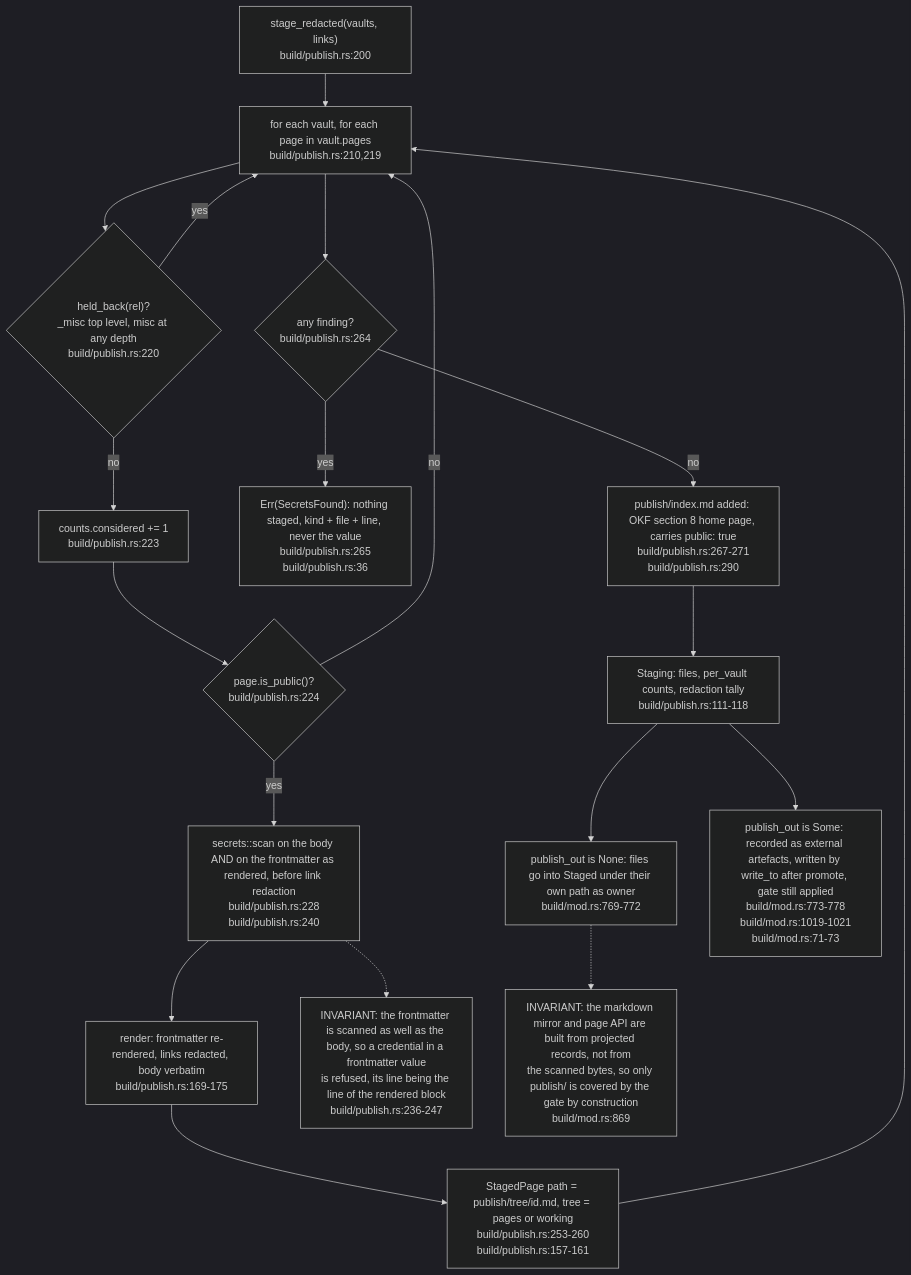
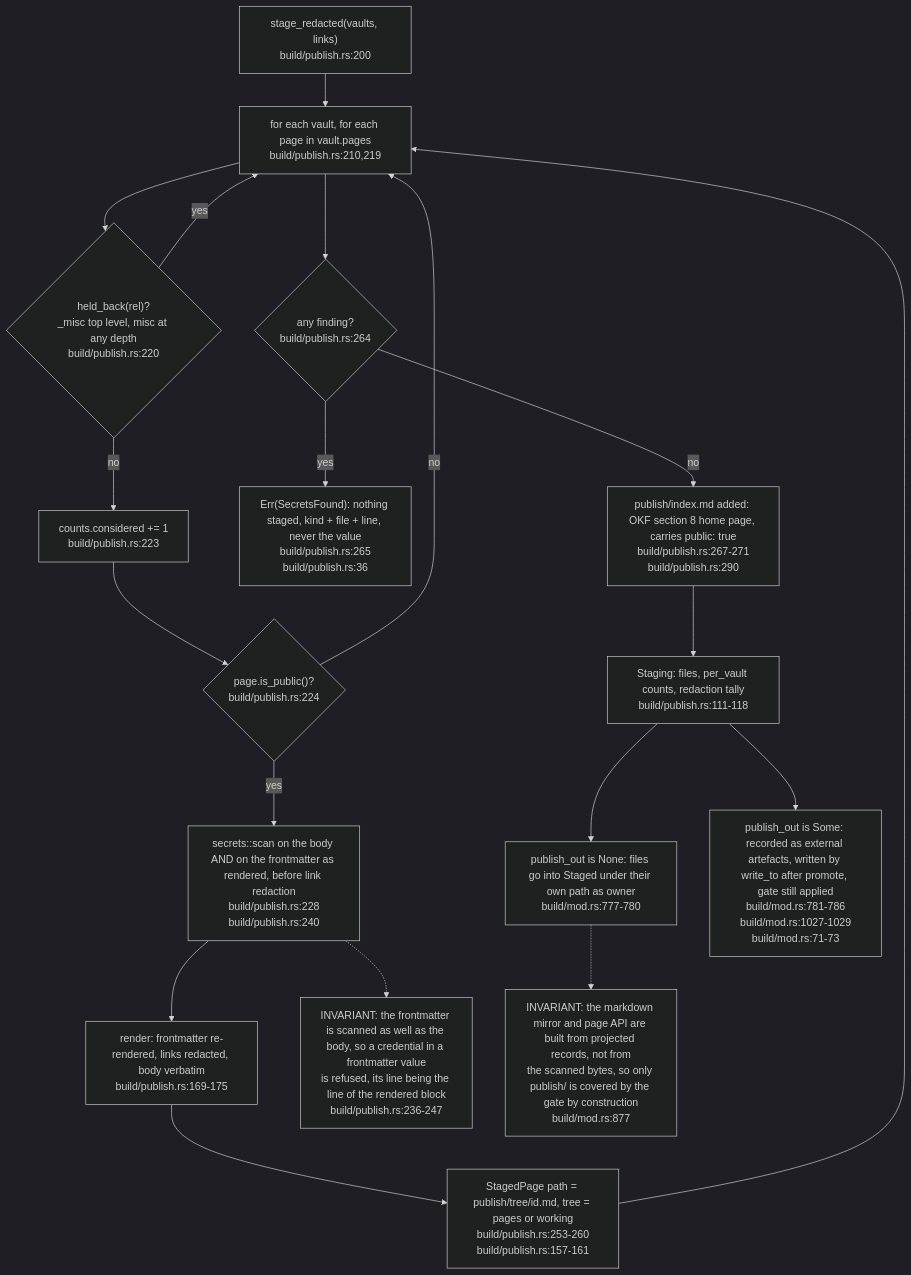
The fourth of 8 diagrams in docs/diagrams/ontomark/03-build-run-gates-staging-and-generation.md (DreamLab-AI/VisionFlow), drawn with Mermaid (dark theme) before and after one commit. The commit also changed other lines of this file and 91 other files, not shown here.

````diff
--- a/docs/diagrams/ontomark/03-build-run-gates-staging-and-generation.md
+++ b/docs/diagrams/ontomark/03-build-run-gates-staging-and-generation.md
@@ -150,31 +153,31 @@
 ```mermaid
 flowchart TD
     IN["stage_redacted(vaults, links)<br/>build/publish.rs:200"]
     LOOP["for each vault, for each page in vault.pages<br/>build/publish.rs:210,219"]
     HB{"held_back(rel)?<br/>_misc top level, misc at any depth<br/>build/publish.rs:220"}
     CONS["counts.considered += 1<br/>build/publish.rs:223"]
     PUBQ{"page.is_public()?<br/>build/publish.rs:224"}
     SCAN["secrets::scan on the body AND on the frontmatter as rendered, before link redaction<br/>build/publish.rs:228<br/>build/publish.rs:240"]
     REND["render: frontmatter re-rendered, links redacted, body verbatim<br/>build/publish.rs:169-175"]
     PUSH["StagedPage path = publish/tree/id.md, tree = pages or working<br/>build/publish.rs:253-260<br/>build/publish.rs:157-161"]
     FIND{"any finding?<br/>build/publish.rs:264"}
     ERR["Err(SecretsFound): nothing staged, kind + file + line, never the value<br/>build/publish.rs:265<br/>build/publish.rs:36"]
     IDX["publish/index.md added: OKF section 8 home page, carries public: true<br/>build/publish.rs:267-271<br/>build/publish.rs:290"]
     RET["Staging: files, per_vault counts, redaction tally<br/>build/publish.rs:111-118"]
-    BUN["publish_out is None: files go into Staged under their own path as owner<br/>build/mod.rs:769-772"]
-    SEP["publish_out is Some: recorded as external artefacts, written by write_to after promote, gate still applied<br/>build/mod.rs:773-778<br/>build/mod.rs:1019-1021<br/>build/mod.rs:71-73"]
+    BUN["publish_out is None: files go into Staged under their own path as owner<br/>build/mod.rs:777-780"]
+    SEP["publish_out is Some: recorded as external artefacts, written by write_to after promote, gate still applied<br/>build/mod.rs:781-786<br/>build/mod.rs:1027-1029<br/>build/mod.rs:71-73"]
     N1["INVARIANT: the frontmatter is scanned as well as the body, so a credential in a frontmatter value<br/>is refused, its line being the line of the rendered block<br/>build/publish.rs:236-247"]
-    N2["INVARIANT: the markdown mirror and page API are built from projected records, not from<br/>the scanned bytes, so only publish/ is covered by the gate by construction<br/>build/mod.rs:869"]
+    N2["INVARIANT: the markdown mirror and page API are built from projected records, not from<br/>the scanned bytes, so only publish/ is covered by the gate by construction<br/>build/mod.rs:877"]
     IN --> LOOP --> HB
     HB -- yes --> LOOP
     HB -- no --> CONS --> PUBQ
     PUBQ -- no --> LOOP
     PUBQ -- yes --> SCAN --> REND --> PUSH --> LOOP
     LOOP --> FIND
     FIND -- yes --> ERR
     FIND -- no --> IDX --> RET
     RET --> BUN
     RET --> SEP
     SCAN -.-> N1
     BUN -.-> N2
 ```
````
